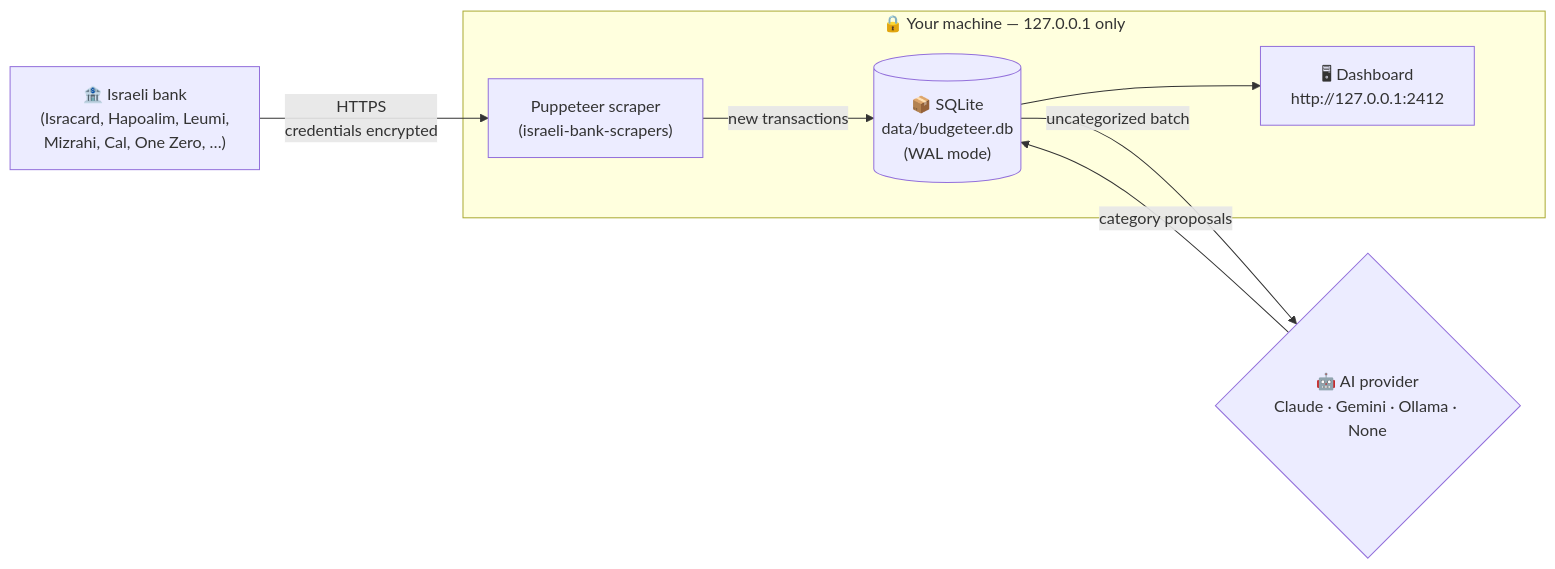
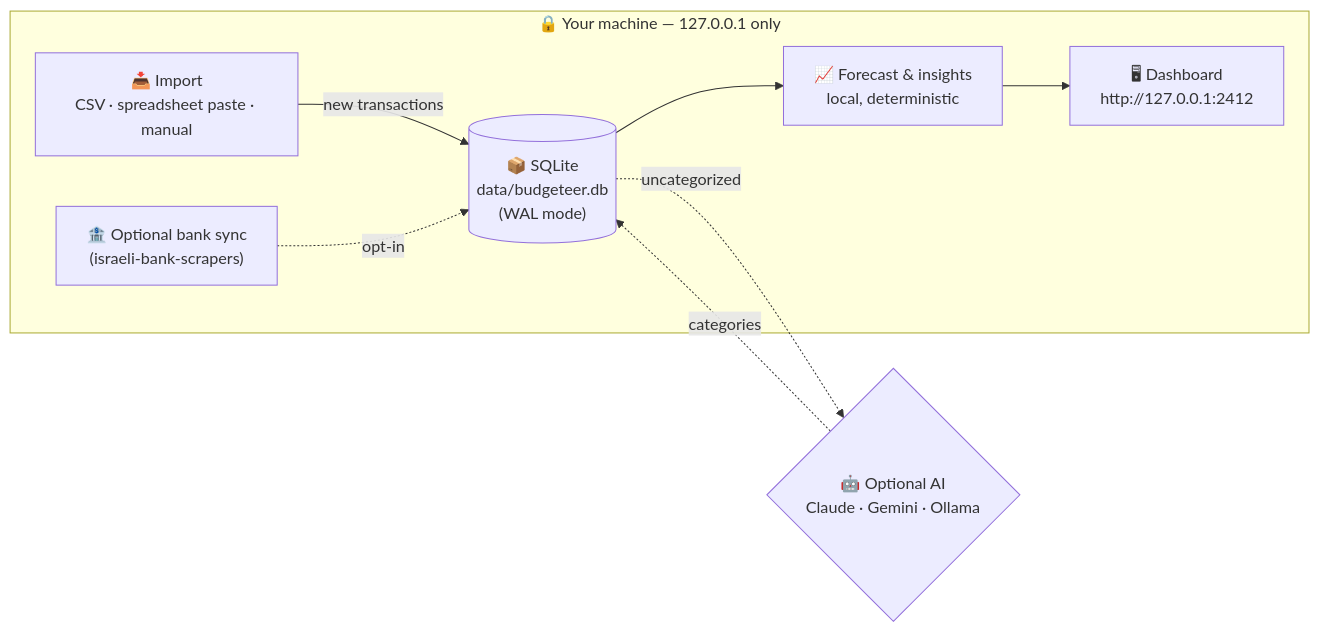
One commit to zvika77/budgeteer changed the diagram in README.md. Above: the diagram before and after it, drawn with Mermaid. The commit also changed other lines of this file and 60 other files, not shown here.

First line of the commit message:
feat: local-first cash-flow forecast, a RiseUp alternative

````diff
--- a/README.md
+++ b/README.md
@@ -155,20 +186,24 @@
 ```mermaid
 flowchart LR
-    Bank["🏦 Israeli bank<br/>(Isracard, Hapoalim, Leumi,<br/>Mizrahi, Cal, One Zero, …)"]
-    Scraper["Puppeteer scraper<br/>(israeli-bank-scrapers)"]
+    Import["📥 Import<br/>CSV · spreadsheet paste · manual"]
+    Bank["🏦 Optional bank sync<br/>(israeli-bank-scrapers)"]
     DB[("📦 SQLite<br/>data/budgeteer.db<br/>(WAL mode)")]
-    AI{"🤖 AI provider<br/>Claude · Gemini · Ollama · None"}
+    Engine["📈 Forecast & insights<br/>local, deterministic"]
+    AI{"🤖 Optional AI<br/>Claude · Gemini · Ollama"}
     UI["🖥 Dashboard<br/>http://127.0.0.1:2412"]
 
-    Bank -->|HTTPS<br/>credentials encrypted| Scraper
-    Scraper -->|new transactions| DB
-    DB -->|uncategorized batch| AI
-    AI -->|category proposals| DB
-    DB --> UI
+    Import -->|new transactions| DB
+    Bank -.->|opt-in| DB
+    DB --> Engine
+    DB -.->|uncategorized| AI
+    AI -.->|categories| DB
+    Engine --> UI
 
     subgraph local["🔒 Your machine — 127.0.0.1 only"]
-        Scraper
+        Import
+        Bank
         DB
+        Engine
         UI
     end
 ```
````
